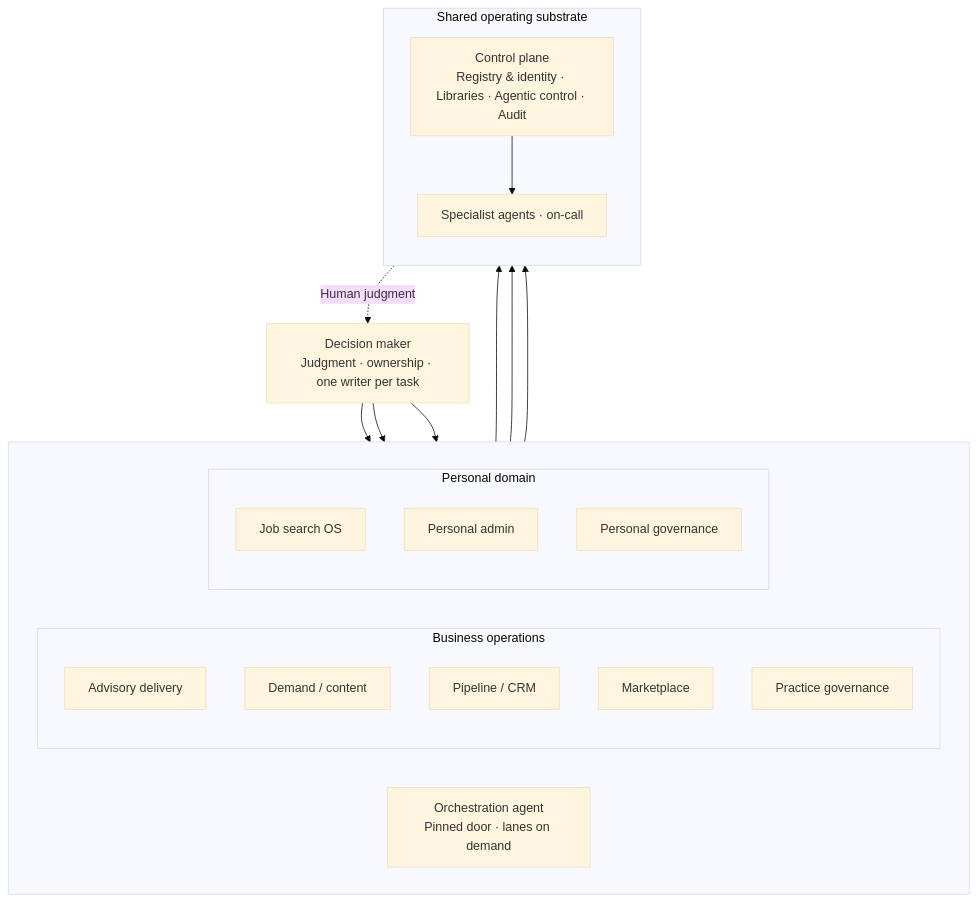
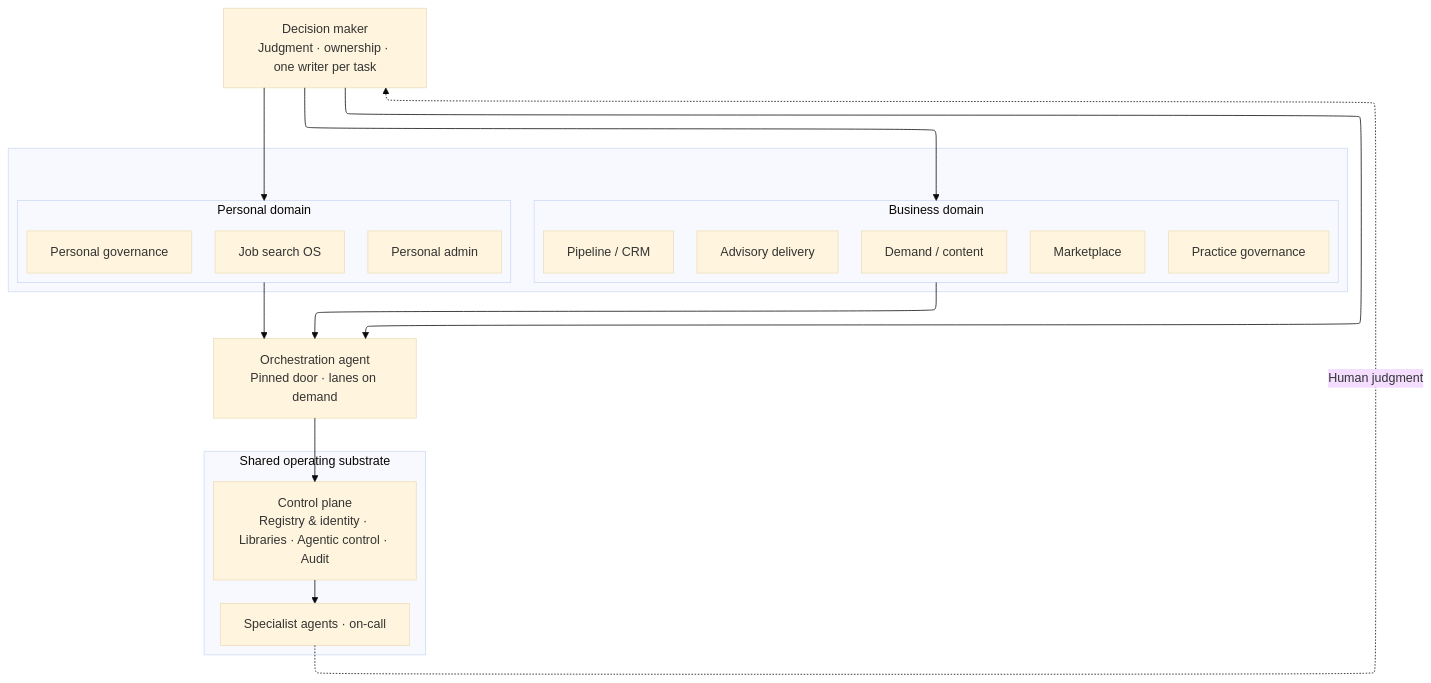
One commit to clintonpracher/operator-portfolio changed the diagram in docs/assets/architecture-one-glance.mmd. Above: the diagram before and after it, drawn with Mermaid (base theme). The commit also changed 7 other files, not shown here.

```diff
--- a/docs/assets/architecture-one-glance.mmd
+++ b/docs/assets/architecture-one-glance.mmd
@@ -1,39 +1,40 @@
+%%{init: {"flowchart": {"defaultRenderer": "elk"}} }%%
 flowchart TB
   DM["Decision maker<br/>Judgment · ownership · one writer per task"]
 
-  subgraph PILLARS[" "]
+  subgraph DOMAINS[" "]
     direction LR
 
-    subgraph BIZ["Business operations"]
+    subgraph BIZ["Business domain"]
       direction TB
       B1["Advisory delivery"]
       B2["Demand / content"]
       B3["Pipeline / CRM"]
       B4["Marketplace"]
       B5["Practice governance"]
     end
-
-    ORCH["Orchestration agent<br/>Pinned door · lanes on demand"]
 
     subgraph PER["Personal domain"]
       direction TB
       P1["Job search OS"]
       P2["Personal admin"]
       P3["Personal governance"]
     end
   end
 
+  ORCH["Orchestration agent<br/>Pinned door · lanes on demand"]
+
   subgraph SHARED["Shared operating substrate"]
     direction TB
     PLANE["Control plane<br/>Registry & identity · Libraries · Agentic control · Audit"]
     SPEC["Specialist agents · on-call"]
   end
 
   DM --> BIZ
+  DM --> PER
   DM --> ORCH
-  DM --> PER
-  BIZ --> PLANE
+  BIZ --> ORCH
+  PER --> ORCH
   ORCH --> PLANE
-  PER --> PLANE
   PLANE --> SPEC
   SPEC -.->|"Human judgment"| DM
```
